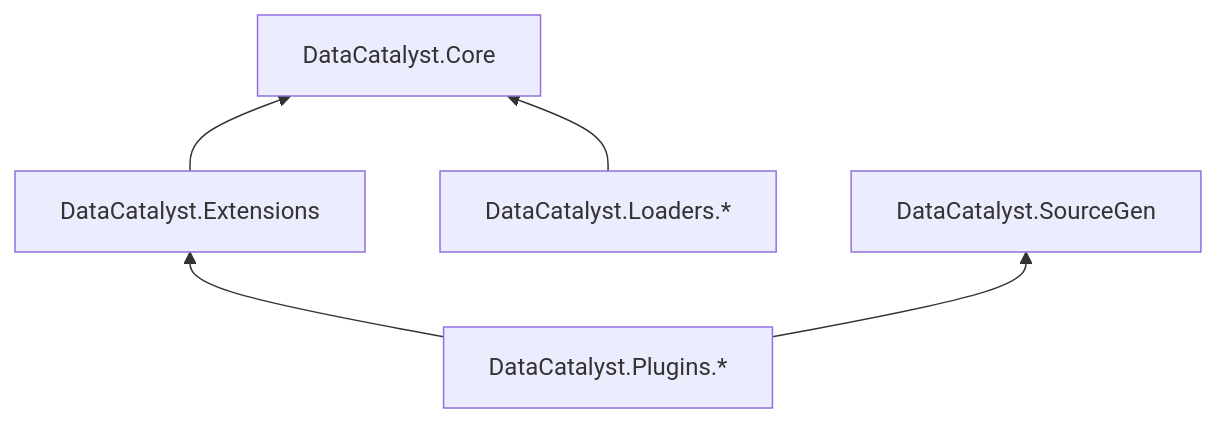
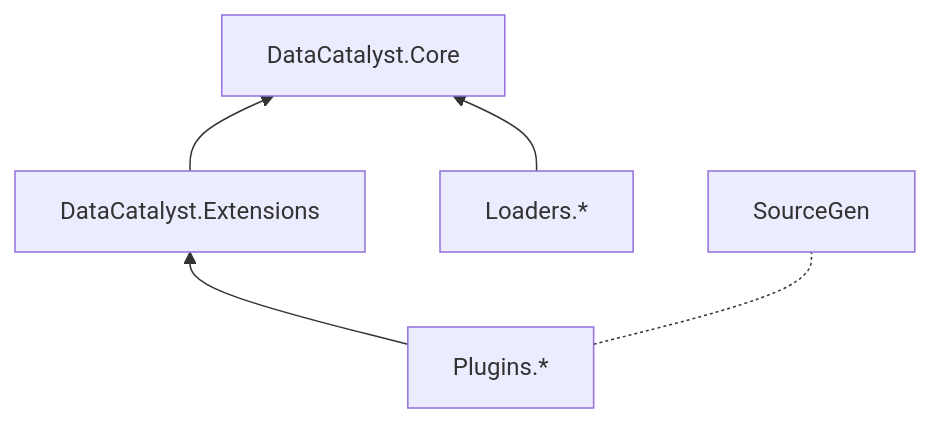
Before and after one commit to fm39hz/DataCatalyst: the second of 3 diagrams in README.md, drawn with Mermaid. The commit also changed other lines of this file and 2 other files, not shown here.

````diff
--- a/README.md
+++ b/README.md
@@ -286,13 +109,13 @@
 ```mermaid
 graph BT
     Core[DataCatalyst.Core]
     Ext[DataCatalyst.Extensions]
-    Plugins[DataCatalyst.Plugins.*]
-    Loaders[DataCatalyst.Loaders.*]
-    SG[DataCatalyst.SourceGen]
+    Plugins[Plugins.*]
+    Loaders[Loaders.*]
+    SG[SourceGen]
 
     Ext --> Core
     Plugins --> Ext
-    Plugins --> SG
+    Plugins -.- SG
     Loaders --> Core
 ```
````
